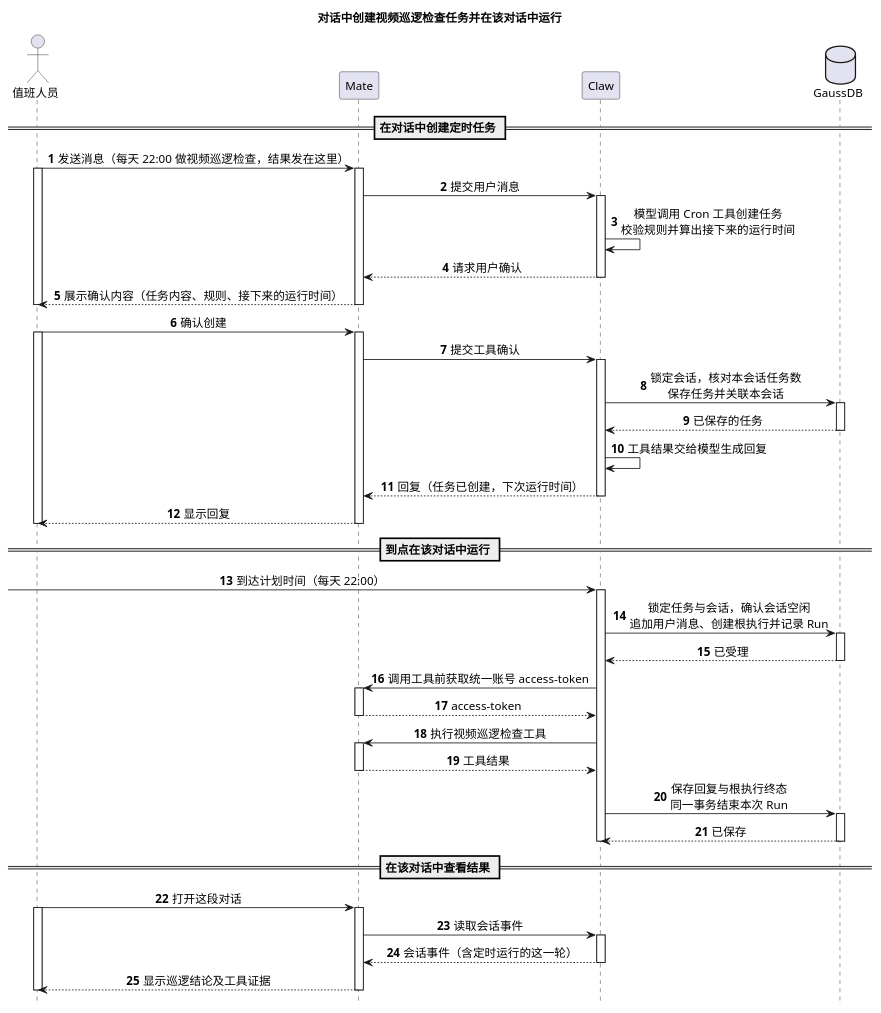
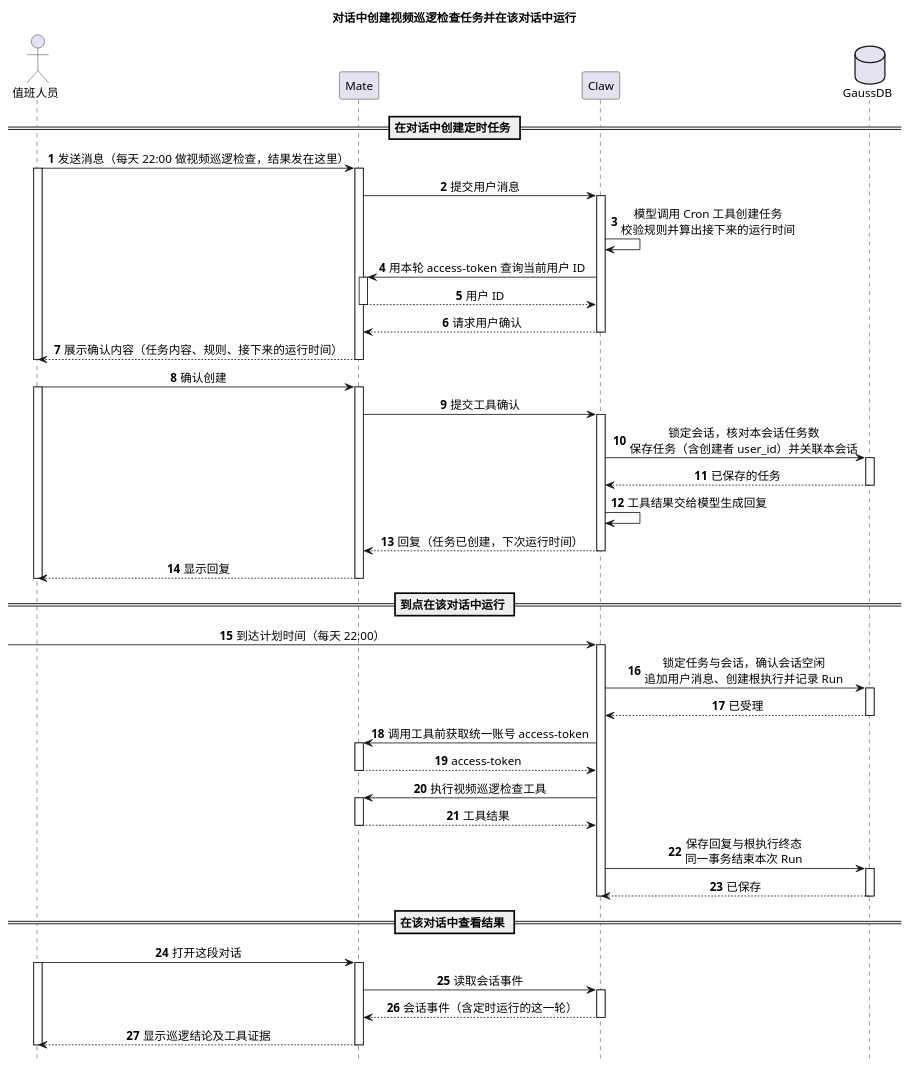
Before and after one commit to ssm0808/pi-mono-java-design: the eighth of 8 diagrams in 01-总体架构/08-CampusClaw定时任务/diagram.puml, drawn with PlantUML. The commit also changed 10 other files, not shown here.

First line of the commit message:
定时任务：Claw 任务保存创建者 user_id，列表按用户直接查询

```diff
--- a/01-总体架构/08-CampusClaw定时任务/diagram.puml
+++ b/01-总体架构/08-CampusClaw定时任务/diagram.puml
@@ -419,53 +419,55 @@
 @startuml schedule_chat_created
 ' 目标：待实现；对话中通过 Cron 工具创建定时任务，到点在同一对话中运行，之后在该对话查看结果。
 ' 源码证据：superheromeZzh/pi-mono-java PR #332 codex/scheduled-task-backend 0e8c75f8 的 tool/cron/CronTool.java 只有 list、status、runs，写动作待实现。
 ' 证据：M06 chat-events-design.md 的同一 Session 只允许一个 active execution；工具确认沿用普通对话的确认交互。
-' 设计原因：任务关联当前会话，归属随会话，不经 Mate 授权与归属登记；创建需用户确认；会话正忙时本次跳过。
+' 设计原因：任务关联当前会话，归属随会话，不经 Mate 授权与归属登记；创建前用本轮 access-token 查询用户 ID 写入任务，供列表按用户筛选（README D9、§4.8.3，接口提供方待补充）；创建需用户确认；会话正忙时本次跳过。
 ' 粒度：参与者统一为服务级。Mate = mate-service；Claw = coding-agent 服务；GaussDB = Claw 数据库。
 ' 表达方式：只画正常流程；会话忙、拒绝确认与删除会话的规则见 README.md 第 3.12、3.13 节与第 5.2.1 节。
 title 对话中创建视频巡逻检查任务并在该对话中运行
 hide footbox
 skinparam backgroundColor white
 skinparam defaultFontSize 14
 skinparam sequenceMessageAlign center
 actor "值班人员" as User
 participant "Mate" as Mate
 participant "Claw" as Claw
 database "GaussDB" as Db
 autonumber
 == 在对话中创建定时任务 ==
 User -> Mate ++ : 发送消息（每天 22:00 做视频巡逻检查，结果发在这里）
 activate User
 Mate -> Claw ++ : 提交用户消息
 Claw -> Claw : 模型调用 Cron 工具创建任务\n校验规则并算出接下来的运行时间
+Claw -> Mate ++ : 用本轮 access-token 查询当前用户 ID
+return 用户 ID
 return 请求用户确认
 return 展示确认内容（任务内容、规则、接下来的运行时间）
 deactivate User
 User -> Mate ++ : 确认创建
 activate User
 Mate -> Claw ++ : 提交工具确认
-Claw -> Db ++ : 锁定会话，核对本会话任务数\n保存任务并关联本会话
+Claw -> Db ++ : 锁定会话，核对本会话任务数\n保存任务（含创建者 user_id）并关联本会话
 return 已保存的任务
 Claw -> Claw : 工具结果交给模型生成回复
 return 回复（任务已创建，下次运行时间）
 return 显示回复
 deactivate User
 == 到点在该对话中运行 ==
 [-> Claw ++ : 到达计划时间（每天 22:00）
 Claw -> Db ++ : 锁定任务与会话，确认会话空闲\n追加用户消息、创建根执行并记录 Run
 return 已受理
 Claw -> Mate ++ : 调用工具前获取统一账号 access-token
 return access-token
 Claw -> Mate ++ : 执行视频巡逻检查工具
 return 工具结果
 Claw -> Db ++ : 保存回复与根执行终态\n同一事务结束本次 Run
 return 已保存
 deactivate Claw
 == 在该对话中查看结果 ==
 User -> Mate ++ : 打开这段对话
 activate User
 Mate -> Claw ++ : 读取会话事件
 return 会话事件（含定时运行的这一轮）
 return 显示巡逻结论及工具证据
 deactivate User
 @enduml
```
